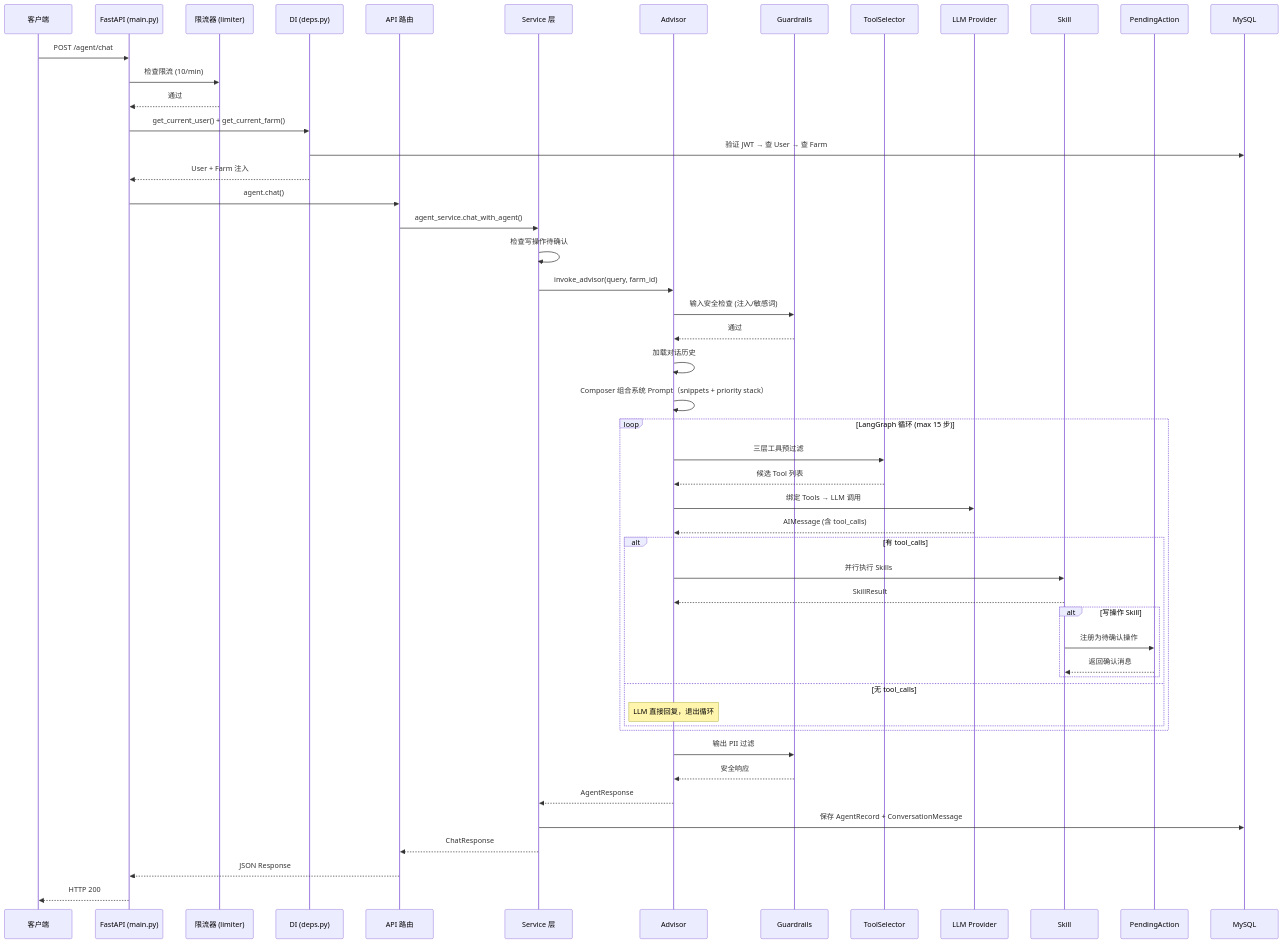
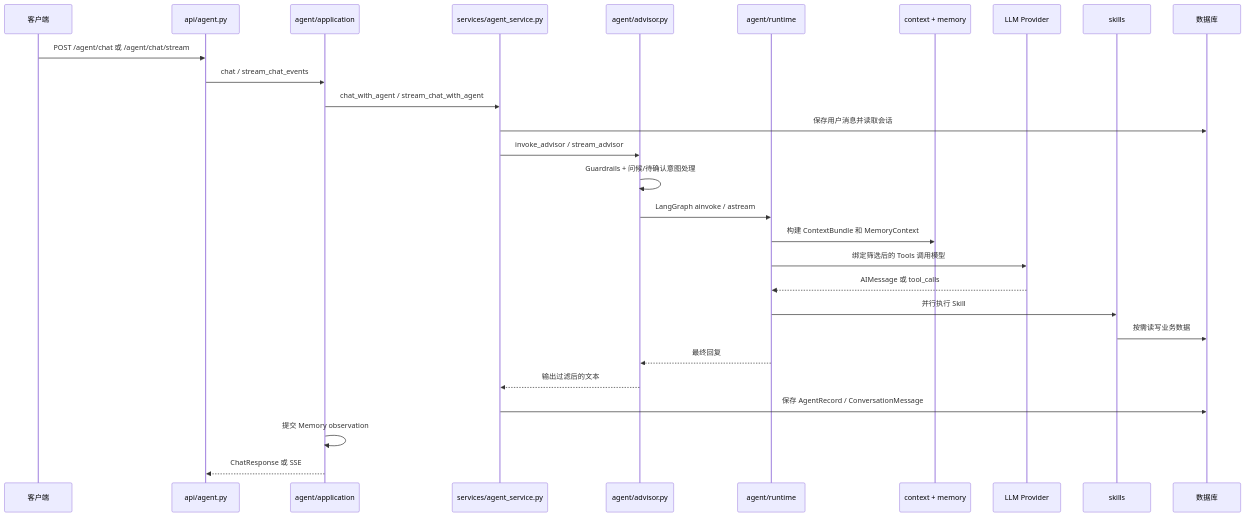
The second of 7 diagrams in docs/architecture/backend-architecture.md (ArtLjn/agriagent-os), drawn with Mermaid before and after one commit. The commit also changed other lines of this file and 83 other files, not shown here.

````diff
--- a/docs/architecture/backend-architecture.md
+++ b/docs/architecture/backend-architecture.md
@@ -215,61 +64,31 @@
 ```mermaid
 sequenceDiagram
     participant C as 客户端
-    participant M as FastAPI (main.py)
-    participant L as 限流器 (limiter)
-    participant D as DI (deps.py)
-    participant API as API 路由
-    participant Svc as Service 层
-    participant Adv as Advisor
-    participant G as Guardrails
-    participant TS as ToolSelector
+    participant API as api/agent.py
+    participant UC as agent/application
+    participant SVC as services/agent_service.py
+    participant ADV as agent/advisor.py
+    participant RT as agent/runtime
+    participant CTX as context + memory
     participant LLM as LLM Provider
-    participant SK as Skill
-    participant PA as PendingAction
-    participant DB as MySQL
+    participant SK as skills
+    participant DB as 数据库
 
-    C->>M: POST /agent/chat
-    M->>L: 检查限流 (10/min)
-    L-->>M: 通过
-    M->>D: get_current_user() + get_current_farm()
-    D->>DB: 验证 JWT → 查 User → 查 Farm
-    D-->>M: User + Farm 注入
-    M->>API: agent.chat()
-    API->>Svc: agent_service.chat_with_agent()
-
-    Svc->>Svc: 检查写操作待确认
-    Svc->>Adv: invoke_advisor(query, farm_id)
-
-    Adv->>G: 输入安全检查 (注入/敏感词)
-    G-->>Adv: 通过
-
-    Adv->>Adv: 加载对话历史
-    Adv->>Adv: Composer 组合系统 Prompt（snippets + priority stack）
-
-    loop LangGraph 循环 (max 15 步)
-        Adv->>TS: 三层工具预过滤
-        TS-->>Adv: 候选 Tool 列表
-        Adv->>LLM: 绑定 Tools → LLM 调用
-        LLM-->>Adv: AIMessage (含 tool_calls)
-
-        alt 有 tool_calls
-            Adv->>SK: 并行执行 Skills
-            SK-->>Adv: SkillResult
-            alt 写操作 Skill
-                SK->>PA: 注册为待确认操作
-                PA-->>SK: 返回确认消息
-            end
-        else 无 tool_calls
-            Note over Adv: LLM 直接回复，退出循环
-        end
-    end
-
-    Adv->>G: 输出 PII 过滤
-    G-->>Adv: 安全响应
-
-    Adv-->>Svc: AgentResponse
-    Svc->>DB: 保存 AgentRecord + ConversationMessage
-    Svc-->>API: ChatResponse
-    API-->>M: JSON Response
-    M-->>C: HTTP 200
+    C->>API: POST /agent/chat 或 /agent/chat/stream
+    API->>UC: chat / stream_chat_events
+    UC->>SVC: chat_with_agent / stream_chat_with_agent
+    SVC->>DB: 保存用户消息并读取会话
+    SVC->>ADV: invoke_advisor / stream_advisor
+    ADV->>ADV: Guardrails + 问候/待确认意图处理
+    ADV->>RT: LangGraph ainvoke / astream
+    RT->>CTX: 构建 ContextBundle 和 MemoryContext
+    RT->>LLM: 绑定筛选后的 Tools 调用模型
+    LLM-->>RT: AIMessage 或 tool_calls
+    RT->>SK: 并行执行 Skill
+    SK->>DB: 按需读写业务数据
+    RT-->>ADV: 最终回复
+    ADV-->>SVC: 输出过滤后的文本
+    SVC->>DB: 保存 AgentRecord / ConversationMessage
+    UC->>UC: 提交 Memory observation
+    UC-->>API: ChatResponse 或 SSE
 ```
````
